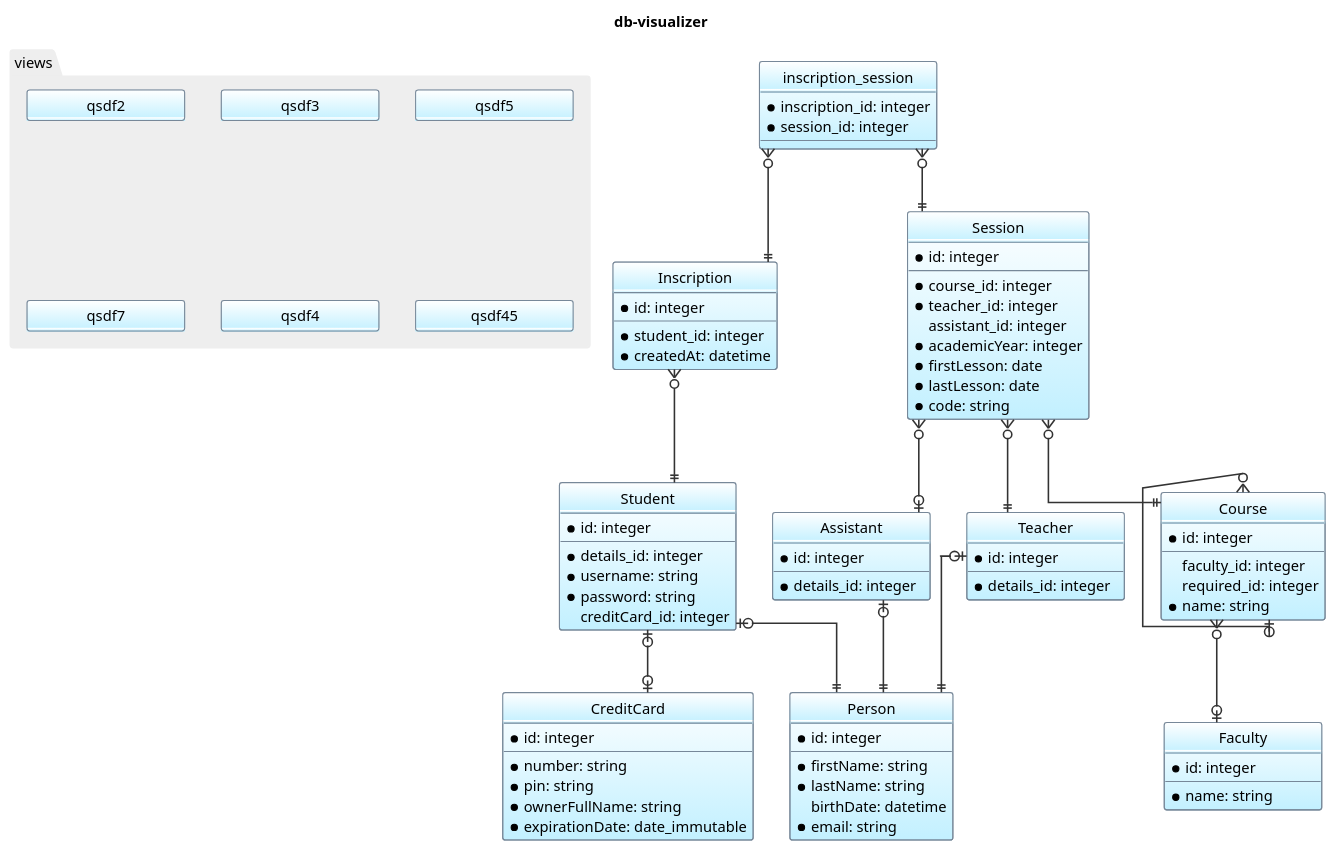
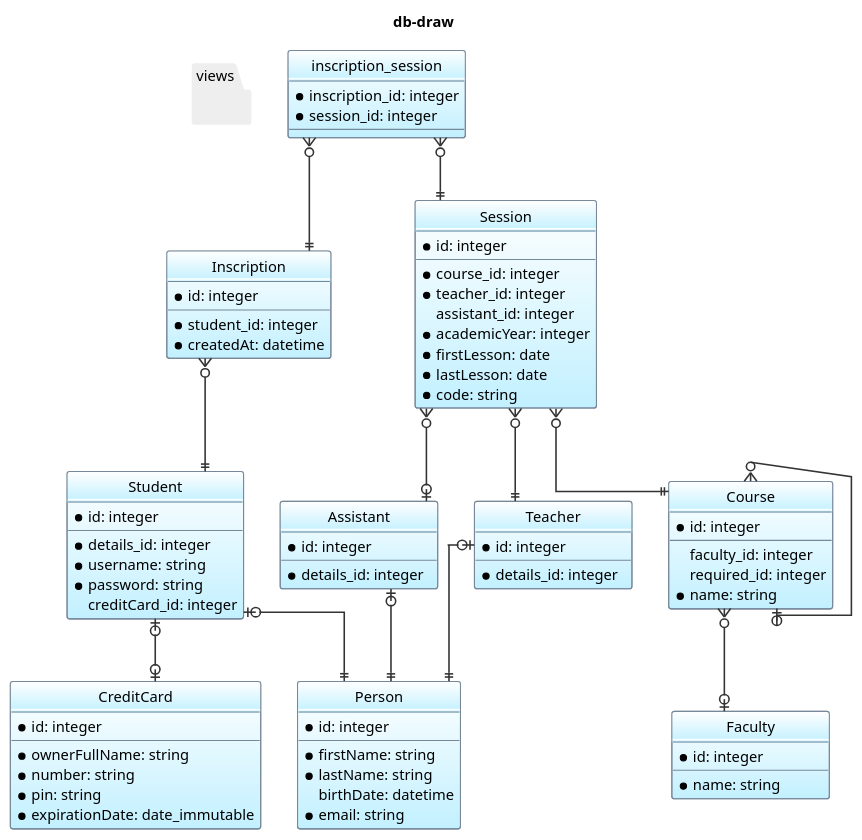
The diagram in resources/output/maxi.puml (jawira/db-draw), drawn with PlantUML before and after one commit. The commit also changed 32 other files, not shown here.

```diff
--- a/resources/output/maxi.puml
+++ b/resources/output/maxi.puml
@@ -1,104 +1,98 @@
 @startuml
 hide empty members
 hide circle
 skinparam ArrowColor #333
 skinparam ArrowThickness 1.5
 skinparam ClassBackgroundColor White-APPLICATION
 skinparam ClassBorderColor LightSlateGray
 skinparam ClassBorderThickness 1
 skinparam MinClassWidth 150
 skinparam LineType Ortho
 skinparam Shadowing false
 skinparam PackageBackgroundColor #eee
 skinparam PackageBorderColor #eee
 skinparam PackageFontStyle normal
-title db-visualizer
+title db-draw
 entity Assistant {
 * id: integer
 --
 * details_id: integer
 }
 entity Course {
 * id: integer
 --
  faculty_id: integer
  required_id: integer
 * name: string
 }
 entity CreditCard {
 * id: integer
 --
+* ownerFullName: string
 * number: string
 * pin: string
-* ownerFullName: string
 * expirationDate: date_immutable
 }
 entity Faculty {
 * id: integer
 --
 * name: string
 }
 entity Inscription {
 * id: integer
 --
 * student_id: integer
 * createdAt: datetime
 }
 entity Person {
 * id: integer
 --
 * firstName: string
 * lastName: string
  birthDate: datetime
 * email: string
 }
 entity Session {
 * id: integer
 --
 * course_id: integer
 * teacher_id: integer
  assistant_id: integer
 * academicYear: integer
 * firstLesson: date
 * lastLesson: date
 * code: string
 }
 entity Student {
 * id: integer
 --
 * details_id: integer
 * username: string
 * password: string
  creditCard_id: integer
 }
 entity Teacher {
 * id: integer
 --
 * details_id: integer
 }
 entity inscription_session {
 * inscription_id: integer
 * session_id: integer
 --
 }
 Assistant |o--|| Person
 Course }o--o| Faculty
 Course }o--o| Course
 Inscription }o--|| Student
 Session }o--|| Teacher
 Session }o--|| Course
 Session }o--o| Assistant
 Student |o--o| CreditCard
 Student |o--|| Person
 Teacher |o--|| Person
 inscription_session }o--|| Inscription
 inscription_session }o--|| Session
 package "views" {
-entity qsdf2 { }
-entity qsdf3 { }
-entity qsdf5 { }
-entity qsdf7 { }
-entity qsdf4 { }
-entity qsdf45 { }
 }
 @enduml
```
